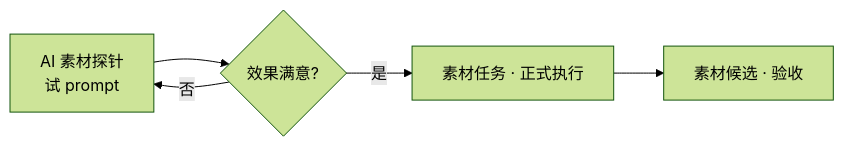
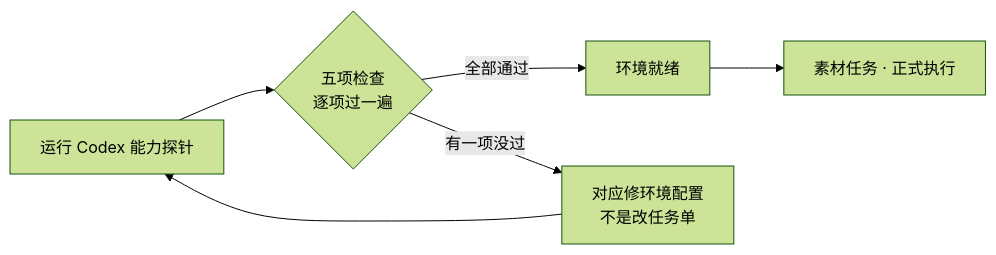
Before and after one commit to wubugui/GDoc: the diagram in docs/editors/workbench/codex-probe.md, drawn with Mermaid (forest theme). The commit also changed other lines of this file and 112 other files, not shown here.

````diff
--- a/docs/editors/workbench/codex-probe.md
+++ b/docs/editors/workbench/codex-probe.md
@@ -32,7 +39,8 @@
 ```mermaid
 flowchart LR
-    PROBE[AI 素材探针<br/>试 prompt] --> OK{效果满意?}
-    OK -->|否| PROBE
-    OK -->|是| TASK[素材任务 · 正式执行]
-    TASK --> CAND[素材候选 · 验收]
+    RUN[运行 Codex 能力探针] --> CHECK{五项检查<br/>逐项过一遍}
+    CHECK -->|全部通过| OK[环境就绪]
+    CHECK -->|有一项没过| FIX[对应修环境配置<br/>不是改任务单]
+    OK --> TASK[素材任务 · 正式执行]
+    FIX --> RUN
 ```
````
